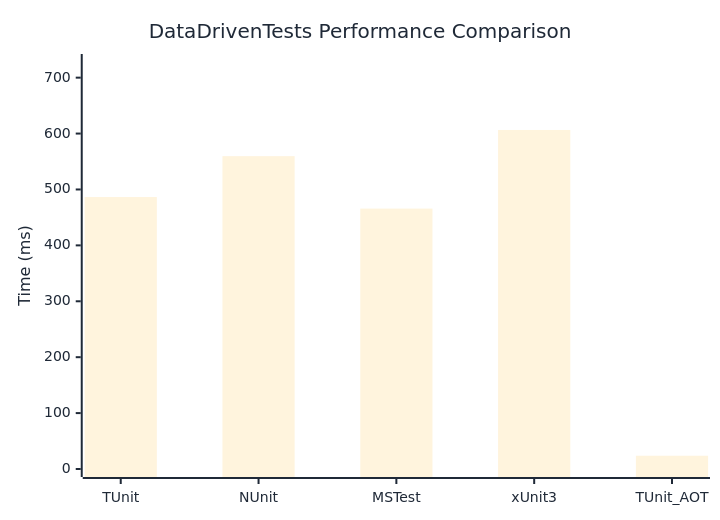
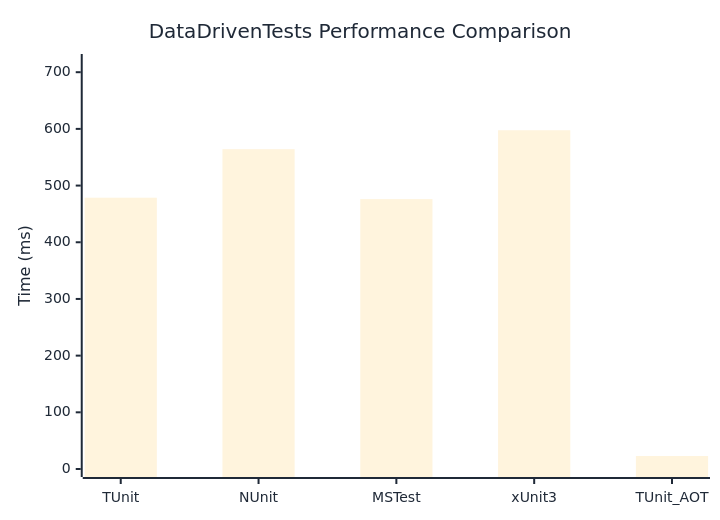
One commit to thomhurst/TUnit changed the diagram in docs/docs/benchmarks/DataDrivenTests.md. Above: the diagram before and after it, drawn with Mermaid. The commit also changed other lines of this file and 17 other files, not shown here.

````diff
--- a/docs/docs/benchmarks/DataDrivenTests.md
+++ b/docs/docs/benchmarks/DataDrivenTests.md
@@ -27,37 +27,37 @@
 ```mermaid
 %%{init: {
   'theme':'base',
   'themeVariables': {
     'primaryColor': '#2563eb',
     'primaryTextColor': '#1f2937',
     'primaryBorderColor': '#1e40af',
     'lineColor': '#6b7280',
     'secondaryColor': '#7c3aed',
     'tertiaryColor': '#dc2626',
     'background': '#ffffff',
     'mainBkg': '#2563eb',
     'secondBkg': '#7c3aed',
     'tertiaryBkg': '#dc2626',
     'clusterBkg': '#f3f4f6',
     'edgeLabelBackground': '#ffffff',
     'tertiaryTextColor': '#1f2937',
     'pie1': '#2563eb',
     'pie2': '#7c3aed',
     'pie3': '#dc2626',
     'pie4': '#f59e0b',
     'pie5': '#10b981',
     'pie6': '#06b6d4',
     'pie7': '#ec4899',
     'pie8': '#6366f1',
     'pie9': '#84cc16',
     'pie10': '#f97316',
     'pie11': '#14b8a6',
     'pie12': '#a855f7'
   }
 }}%%
 xychart-beta
   title "DataDrivenTests Performance Comparison"
   x-axis ["TUnit", "NUnit", "MSTest", "xUnit3", "TUnit_AOT"]
-  y-axis "Time (ms)" 0 --> 728
-  bar [486.46, 559.57, 465.79, 606.42, 23.75]
+  y-axis "Time (ms)" 0 --> 718
+  bar [478.59, 564.25, 476.15, 597.62, 22.96]
 ```
````
